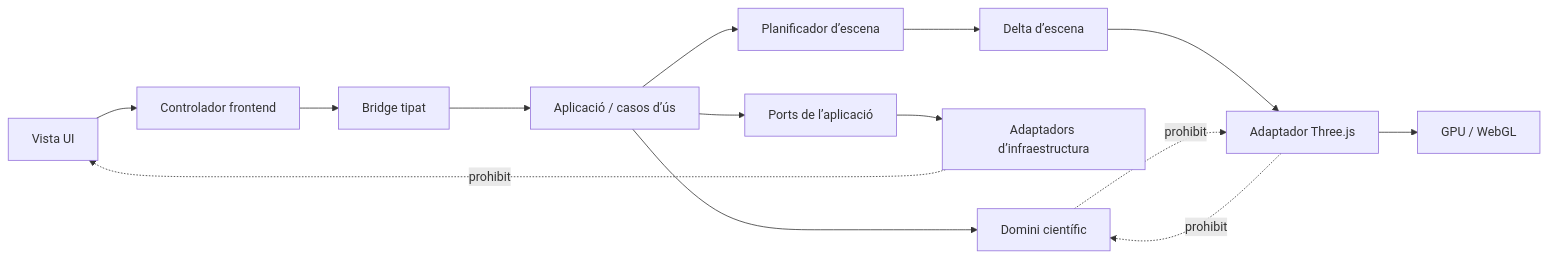
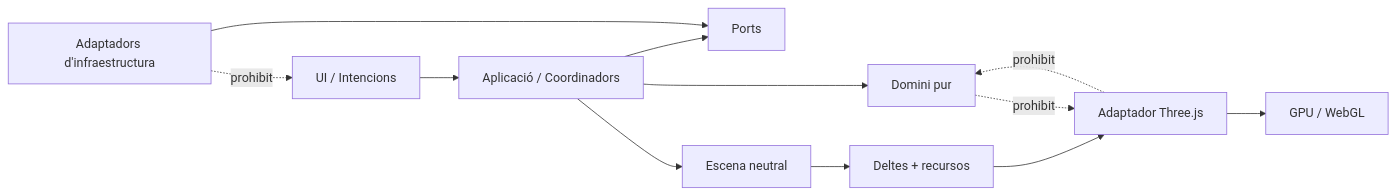
One commit to ArcadiaLliure/TerraLab3D changed the first of 5 diagrams in docs/normes_arquitectura.md. Above: the diagram before and after it, drawn with Mermaid. The commit also changed other lines of this file and 84 other files, not shown here.

````diff
--- a/docs/normes_arquitectura.md
+++ b/docs/normes_arquitectura.md
@@ -179,17 +144,15 @@
 ```mermaid
-graph LR
-    UI[Vista UI] --> FC[Controlador frontend]
-    FC --> BR[Bridge tipat]
-    BR --> AC[Aplicació / casos d’ús]
-    AC --> DM[Domini científic]
-    AC --> PT[Ports de l’aplicació]
-    PT --> AD[Adaptadors d’infraestructura]
-    AC --> SP[Planificador d’escena]
-    SP --> SD[Delta d’escena]
-    SD --> TS[Adaptador Three.js]
+flowchart LR
+    UI[UI / Intencions] --> AC[Aplicació / Coordinadors]
+    AC --> DM[Domini pur]
+    AC --> PT[Ports]
+    AD[Adaptadors d'infraestructura] --> PT
+    AC --> SC[Escena neutral]
+    SC --> DL[Deltes + recursos]
+    DL --> TS[Adaptador Three.js]
     TS --> GPU[GPU / WebGL]
 
     AD -. prohibit .-> UI
     DM -. prohibit .-> TS
     TS -. prohibit .-> DM
 ```
````
